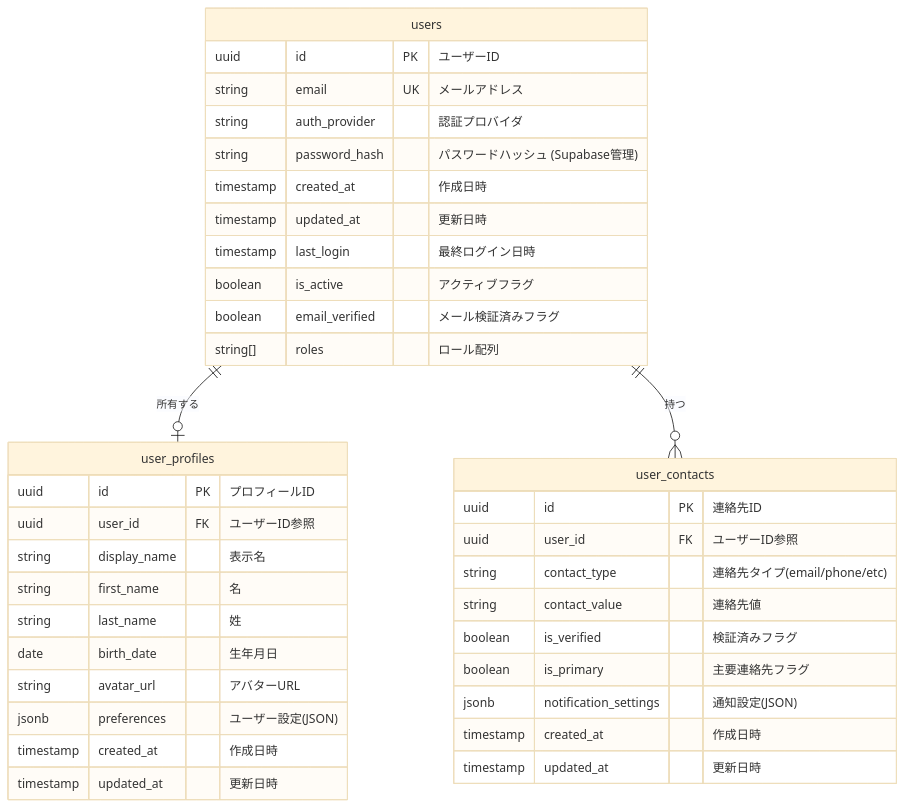
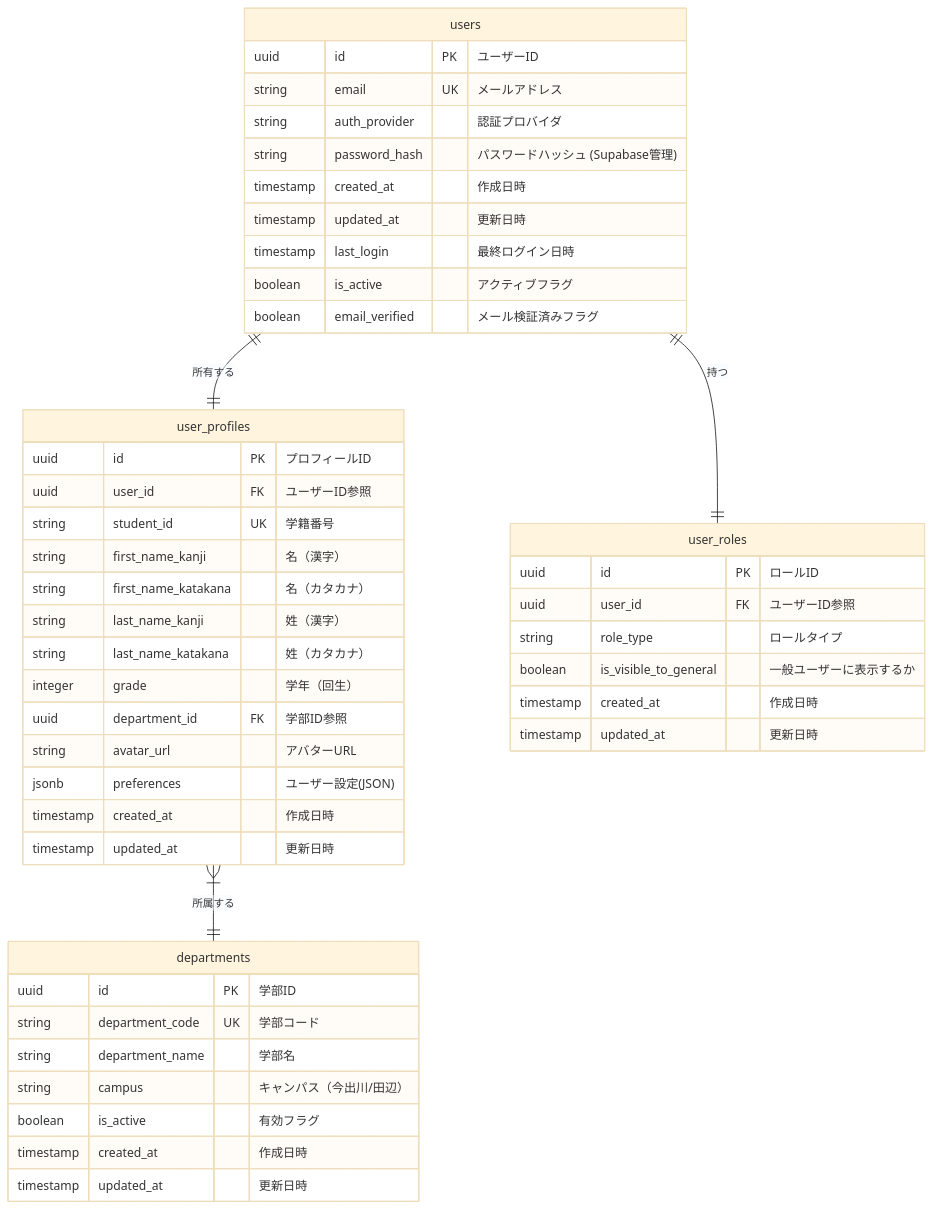
One commit to NowatariSoma/tomosigoto_nou_system changed the first of 2 diagrams in tickets/phase_1/backend/BACK-DB-001/BACK-DB-001.1/README.md. Above: the diagram before and after it, drawn with Mermaid (base theme). The commit also changed other lines of this file, not shown here.

````diff
--- a/tickets/phase_1/backend/BACK-DB-001/BACK-DB-001.1/README.md
+++ b/tickets/phase_1/backend/BACK-DB-001/BACK-DB-001.1/README.md
@@ -73,42 +82,53 @@
 ```mermaid
 erDiagram
-    users ||--o| user_profiles : "所有する"
-    users ||--o{ user_contacts : "持つ"
+    users ||--|| user_profiles : "所有する"
+    users ||--|| user_roles : "持つ"
+    user_profiles }|--|| departments : "所属する"
+    
     users {
         uuid id PK "ユーザーID"
         string email UK "メールアドレス"
         string auth_provider "認証プロバイダ"
         string password_hash "パスワードハッシュ (Supabase管理)"
         timestamp created_at "作成日時"
         timestamp updated_at "更新日時"
         timestamp last_login "最終ログイン日時"
         boolean is_active "アクティブフラグ"
         boolean email_verified "メール検証済みフラグ"
-        string[] roles "ロール配列"
     }
     
     user_profiles {
         uuid id PK "プロフィールID"
         uuid user_id FK "ユーザーID参照"
-        string display_name "表示名"
-        string first_name "名"
-        string last_name "姓"
-        date birth_date "生年月日"
+        string student_id UK "学籍番号"
+        string first_name_kanji "名（漢字）"
+        string first_name_katakana "名（カタカナ）"
+        string last_name_kanji "姓（漢字）"
+        string last_name_katakana "姓（カタカナ）"
+        integer grade "学年（回生）"
+        uuid department_id FK "学部ID参照"
         string avatar_url "アバターURL"
         jsonb preferences "ユーザー設定(JSON)"
         timestamp created_at "作成日時"
         timestamp updated_at "更新日時"
     }
     
-    user_contacts {
-        uuid id PK "連絡先ID"
+    departments {
+        uuid id PK "学部ID"
+        string department_code UK "学部コード"
+        string department_name "学部名"
+        string campus "キャンパス（今出川/田辺）"
+        boolean is_active "有効フラグ"
+        timestamp created_at "作成日時"
+        timestamp updated_at "更新日時"
+    }
+    
+    user_roles {
+        uuid id PK "ロールID"
         uuid user_id FK "ユーザーID参照"
-        string contact_type "連絡先タイプ(email/phone/etc)"
-        string contact_value "連絡先値"
-        boolean is_verified "検証済みフラグ"
-        boolean is_primary "主要連絡先フラグ"
-        jsonb notification_settings "通知設定(JSON)"
+        string role_type "ロールタイプ"
+        boolean is_visible_to_general "一般ユーザーに表示するか"
         timestamp created_at "作成日時"
         timestamp updated_at "更新日時"
     }
 ```
````
